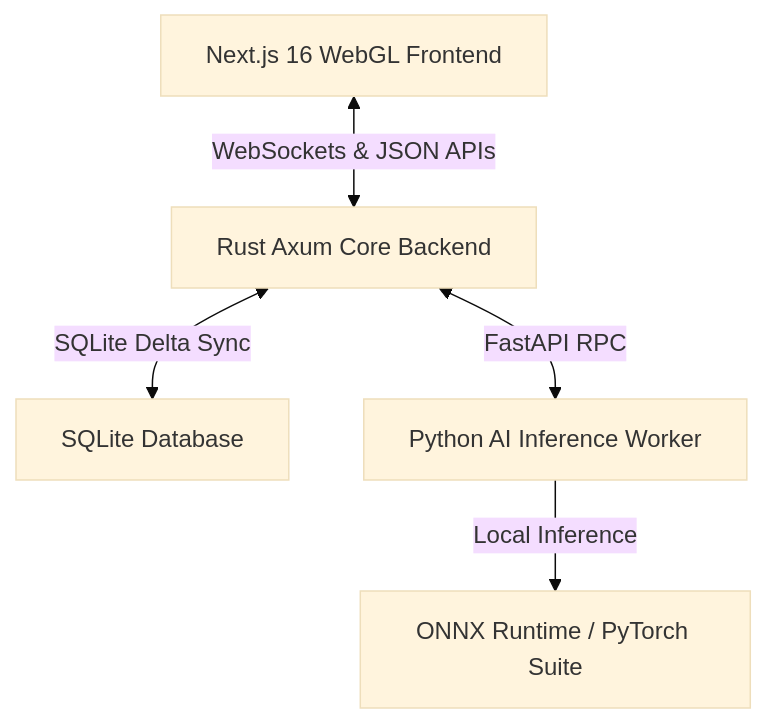
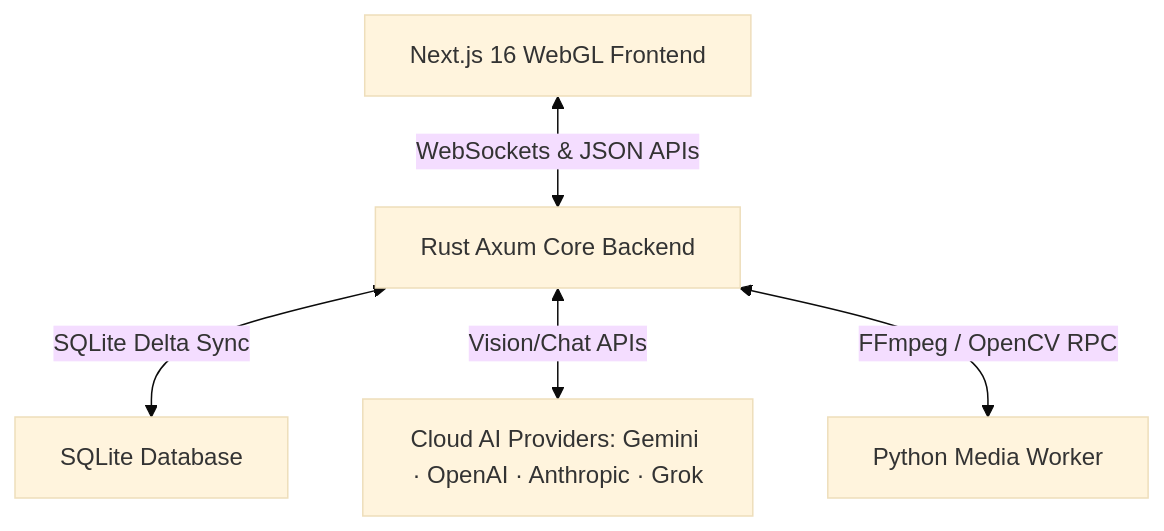
Before and after one commit to twic0501/ChronoX: the diagram in README.md, drawn with Mermaid (base theme). The commit also changed other lines of this file, not shown here.

Commit message:
docs(readme): reframe as cloud-only multi-provider AI (drop local/Ollama model suite)

````diff
--- a/README.md
+++ b/README.md
@@ -49,7 +49,7 @@
 ```mermaid
 graph TD
     A[Next.js 16 WebGL Frontend] <-->|WebSockets & JSON APIs| B[Rust Axum Core Backend]
     B <-->|SQLite Delta Sync| C[SQLite Database]
-    B <-->|FastAPI RPC| D[Python AI Inference Worker]
-    D -->|Local Inference| E[ONNX Runtime / PyTorch Suite]
+    B <-->|Vision/Chat APIs| E[Cloud AI Providers: Gemini · OpenAI · Anthropic · Grok]
+    B <-->|FFmpeg / OpenCV RPC| D[Python Media Worker]
 ```
````
